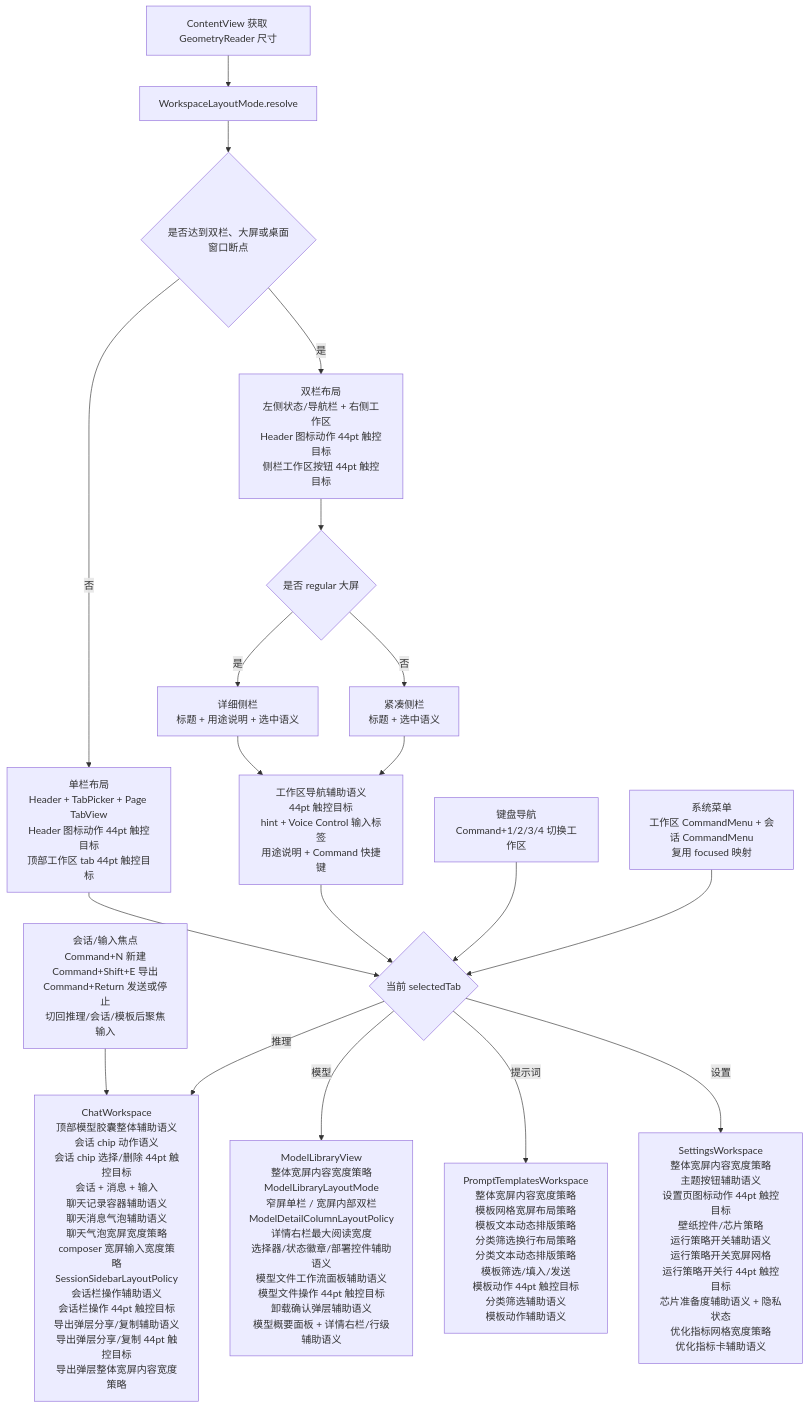
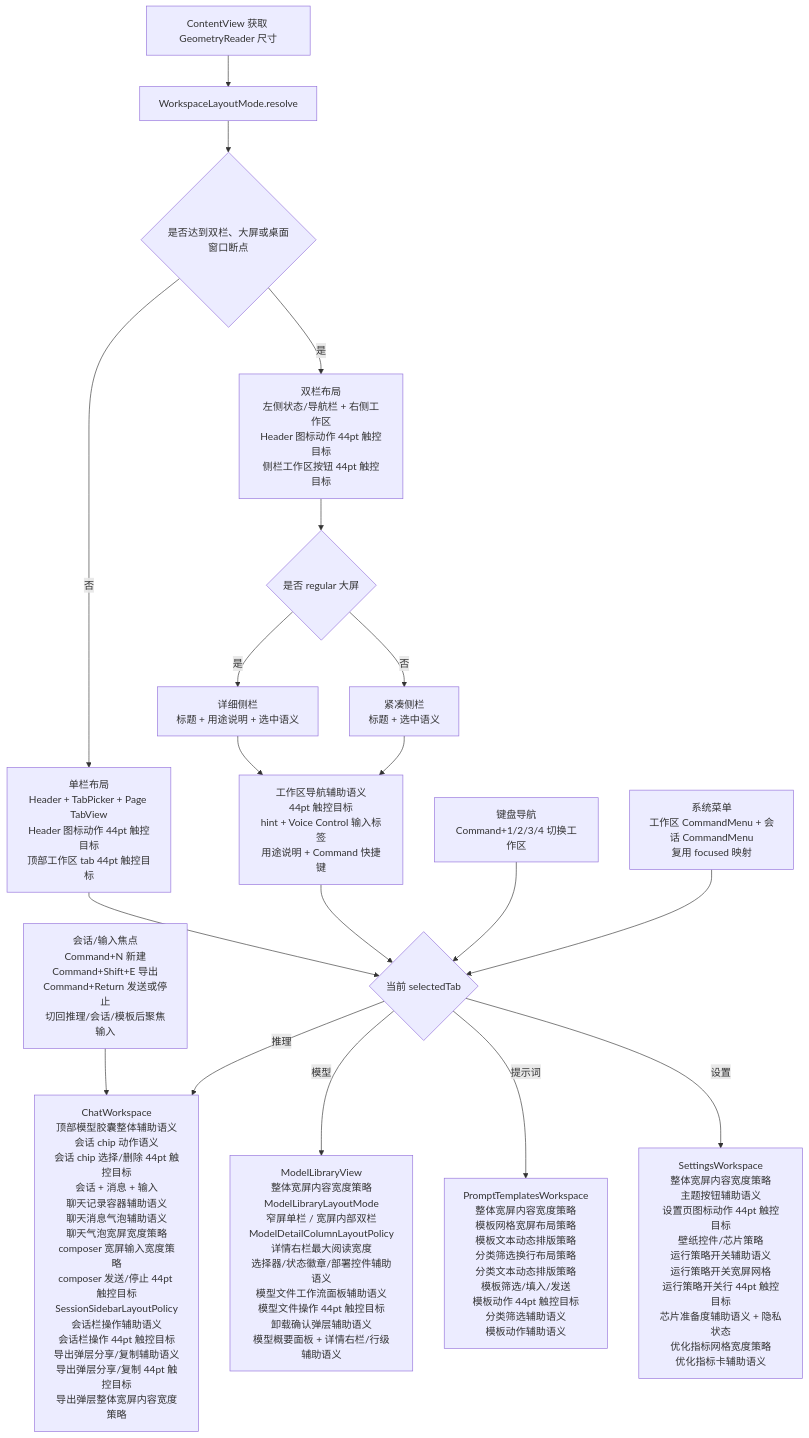
Before and after one commit to Altman-sam114/113: the fifth of 10 diagrams in md/flow/flowchart.md, drawn with Mermaid. The commit also changed other lines of this file and 8 other files, not shown here.

````diff
--- a/md/flow/flowchart.md
+++ b/md/flow/flowchart.md
@@ -84,21 +84,21 @@
 ```mermaid
 flowchart TD
     A[ContentView 获取 GeometryReader 尺寸] --> B[WorkspaceLayoutMode.resolve]
     B --> C{是否达到双栏、大屏或桌面窗口断点}
     C -- 否 --> D[单栏布局<br/>Header + TabPicker + Page TabView<br/>Header 图标动作 44pt 触控目标<br/>顶部工作区 tab 44pt 触控目标]
     C -- 是 --> E[双栏布局<br/>左侧状态/导航栏 + 右侧工作区<br/>Header 图标动作 44pt 触控目标<br/>侧栏工作区按钮 44pt 触控目标]
     E --> N{是否 regular 大屏}
     N -- 是 --> O[详细侧栏<br/>标题 + 用途说明 + 选中语义]
     N -- 否 --> P[紧凑侧栏<br/>标题 + 选中语义]
     D --> F{当前 selectedTab}
     O --> X[工作区导航辅助语义<br/>44pt 触控目标<br/>hint + Voice Control 输入标签<br/>用途说明 + Command 快捷键]
     P --> X
     X --> F
     K[键盘导航<br/>Command+1/2/3/4 切换工作区] --> F
     M[系统菜单<br/>工作区 CommandMenu + 会话 CommandMenu<br/>复用 focused 映射] --> F
     L[会话/输入焦点<br/>Command+N 新建<br/>Command+Shift+E 导出<br/>Command+Return 发送或停止<br/>切回推理/会话/模板后聚焦输入] --> G
-    F -- 推理 --> G[ChatWorkspace<br/>顶部模型胶囊整体辅助语义<br/>会话 chip 动作语义<br/>会话 chip 选择/删除 44pt 触控目标<br/>会话 + 消息 + 输入<br/>聊天记录容器辅助语义<br/>聊天消息气泡辅助语义<br/>聊天气泡宽屏宽度策略<br/>composer 宽屏输入宽度策略<br/>SessionSidebarLayoutPolicy<br/>会话栏操作辅助语义<br/>会话栏操作 44pt 触控目标<br/>导出弹层分享/复制辅助语义<br/>导出弹层分享/复制 44pt 触控目标<br/>导出弹层整体宽屏内容宽度策略]
+    F -- 推理 --> G[ChatWorkspace<br/>顶部模型胶囊整体辅助语义<br/>会话 chip 动作语义<br/>会话 chip 选择/删除 44pt 触控目标<br/>会话 + 消息 + 输入<br/>聊天记录容器辅助语义<br/>聊天消息气泡辅助语义<br/>聊天气泡宽屏宽度策略<br/>composer 宽屏输入宽度策略<br/>composer 发送/停止 44pt 触控目标<br/>SessionSidebarLayoutPolicy<br/>会话栏操作辅助语义<br/>会话栏操作 44pt 触控目标<br/>导出弹层分享/复制辅助语义<br/>导出弹层分享/复制 44pt 触控目标<br/>导出弹层整体宽屏内容宽度策略]
     F -- 模型 --> H[ModelLibraryView<br/>整体宽屏内容宽度策略<br/>ModelLibraryLayoutMode<br/>窄屏单栏 / 宽屏内部双栏<br/>ModelDetailColumnLayoutPolicy<br/>详情右栏最大阅读宽度<br/>选择器/状态徽章/部署控件辅助语义<br/>模型文件工作流面板辅助语义<br/>模型文件操作 44pt 触控目标<br/>卸载确认弹层辅助语义<br/>模型概要面板 + 详情右栏/行级辅助语义]
     F -- 提示词 --> I[PromptTemplatesWorkspace<br/>整体宽屏内容宽度策略<br/>模板网格宽屏布局策略<br/>模板文本动态排版策略<br/>分类筛选换行布局策略<br/>分类文本动态排版策略<br/>模板筛选/填入/发送<br/>模板动作 44pt 触控目标<br/>分类筛选辅助语义<br/>模板动作辅助语义]
     F -- 设置 --> J[SettingsWorkspace<br/>整体宽屏内容宽度策略<br/>主题按钮辅助语义<br/>设置页图标动作 44pt 触控目标<br/>壁纸控件/芯片策略<br/>运行策略开关辅助语义<br/>运行策略开关宽屏网格<br/>运行策略开关行 44pt 触控目标<br/>芯片准备度辅助语义 + 隐私状态<br/>优化指标网格宽度策略<br/>优化指标卡辅助语义]
 ```
````
